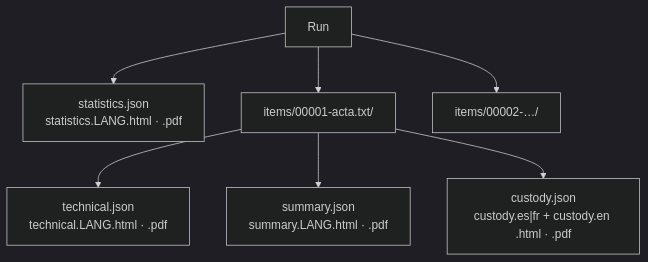
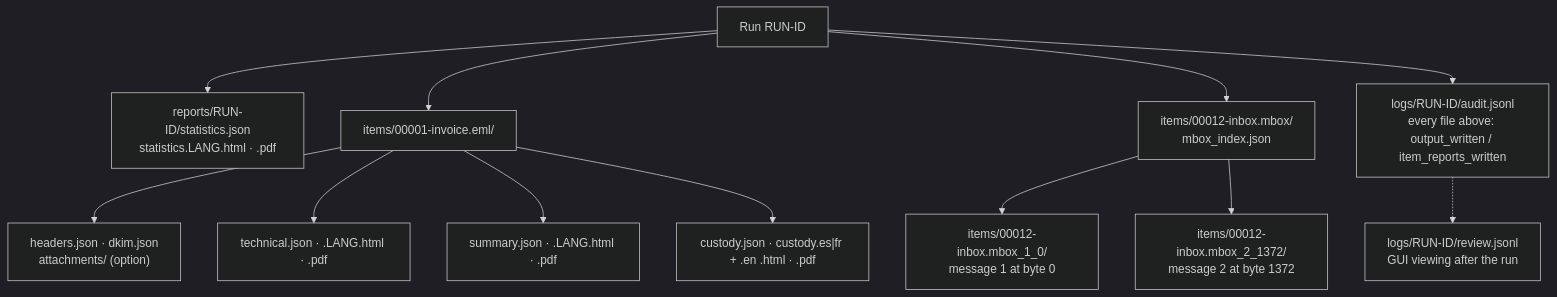
The first of 2 diagrams in docs/reports.md (Panacota96/rv-mailauth), drawn with Mermaid (dark theme) before and after one commit. The commit also changed other lines of this file and 101 other files, not shown here.

````diff
--- a/docs/reports.md
+++ b/docs/reports.md
@@ -7,9 +10,14 @@
 ```mermaid
 flowchart TB
-    RUN["Run"] --> S["statistics.json<br/>statistics.LANG.html · .pdf"]
-    RUN --> I1["items/00001-acta.txt/"]
-    RUN --> I2["items/00002-…/"]
-    I1 --> T1["technical.json<br/>technical.LANG.html · .pdf"]
-    I1 --> C1["summary.json<br/>summary.LANG.html · .pdf"]
-    I1 --> K1["custody.json<br/>custody.es|fr + custody.en .html · .pdf"]
+    RUN["Run RUN-ID"] --> S["reports/RUN-ID/statistics.json<br/>statistics.LANG.html · .pdf"]
+    RUN --> I1["items/00001-invoice.eml/"]
+    RUN --> MB["items/00012-inbox.mbox/<br/>mbox_index.json"]
+    MB --> M1["items/00012-inbox.mbox_1_0/<br/>message 1 at byte 0"]
+    MB --> M2["items/00012-inbox.mbox_2_1372/<br/>message 2 at byte 1372"]
+    I1 --> H1["headers.json · dkim.json<br/>attachments/ (option)"]
+    I1 --> T1["technical.json · .LANG.html · .pdf"]
+    I1 --> C1["summary.json · .LANG.html · .pdf"]
+    I1 --> K1["custody.json · custody.es|fr + .en .html · .pdf"]
+    RUN --> LOG["logs/RUN-ID/audit.jsonl<br/>every file above: output_written / item_reports_written"]
+    LOG -.-> RV["logs/RUN-ID/review.jsonl<br/>GUI viewing after the run"]
 ```
````
